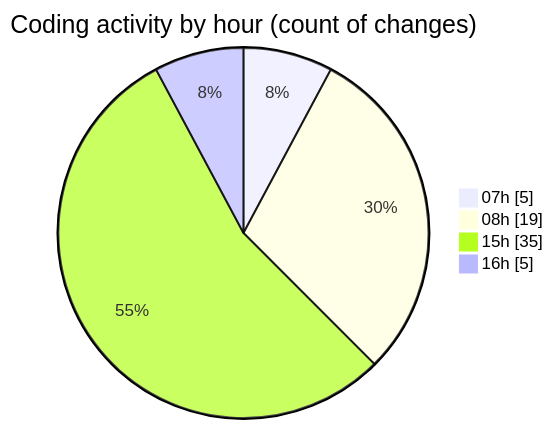
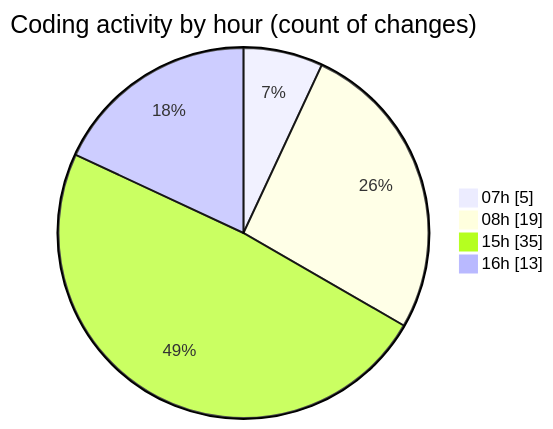
One commit to robertbonfada/code-tracking changed the second of 2 diagrams in 2025-02-07/mbc-web/README.md. Above: the diagram before and after it, drawn with Mermaid. The commit also changed other lines of this file and 1 other file, not shown here.

````diff
--- a/2025-02-07/mbc-web/README.md
+++ b/2025-02-07/mbc-web/README.md
@@ -37,8 +40,8 @@
 ```mermaid
 pie showData
 title Coding activity by hour (count of changes)
 "07h" : 5
 "08h" : 19
 "15h" : 35
-"16h" : 5
+"16h" : 13
 ```
````
